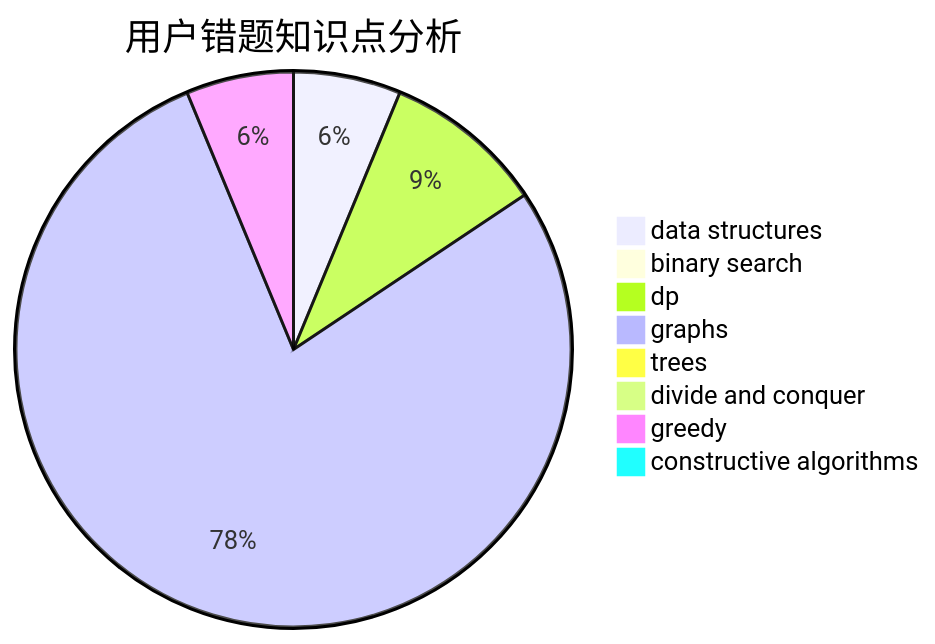
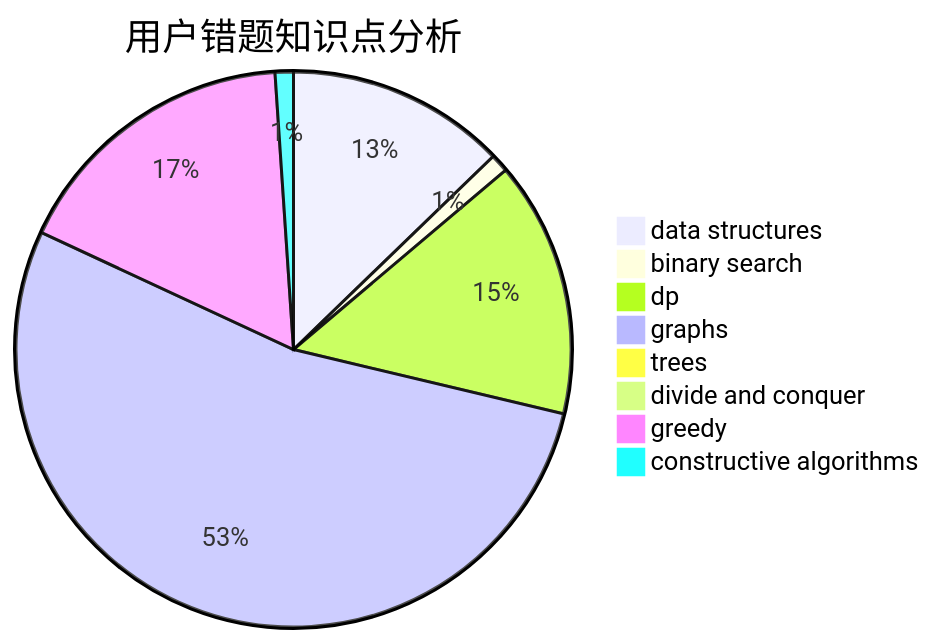
The third of 3 diagrams in docs/user/u1434.md (sherpahu/cfrs.github.io), drawn with Mermaid before and after one commit. The commit also changed other lines of this file and 2770 other files, not shown here.

````diff
--- a/docs/user/u1434.md
+++ b/docs/user/u1434.md
@@ -36,11 +36,11 @@
 ```mermaid
 pie title 用户错题知识点分析
-    "data structures" :  4
-    "binary search" :  0
-    "dp" :  6
+    "data structures" :  12
+    "binary search" :  1
+    "dp" :  14
     "graphs" :  50
     "trees" :  0
     "divide and conquer" :  0
-    "greedy" :  4
-    "constructive algorithms" :  0
+    "greedy" :  16
+    "constructive algorithms" :  1
 ```
````
